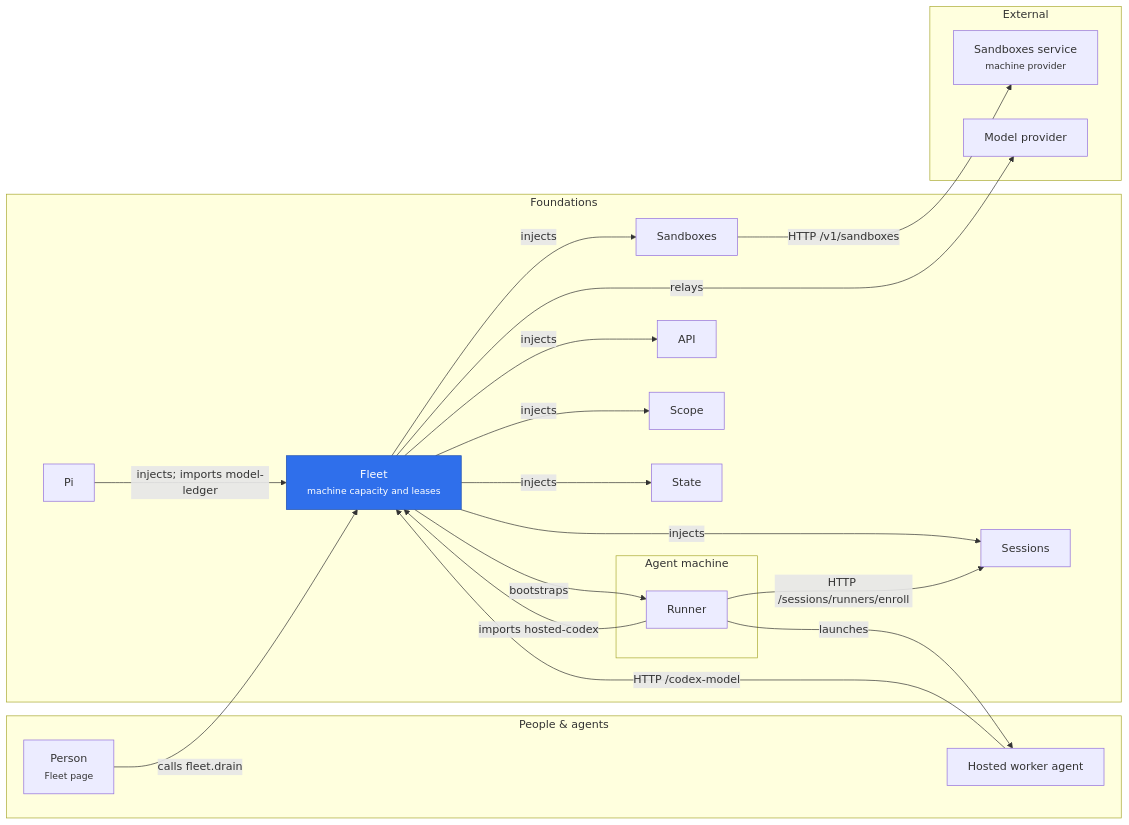
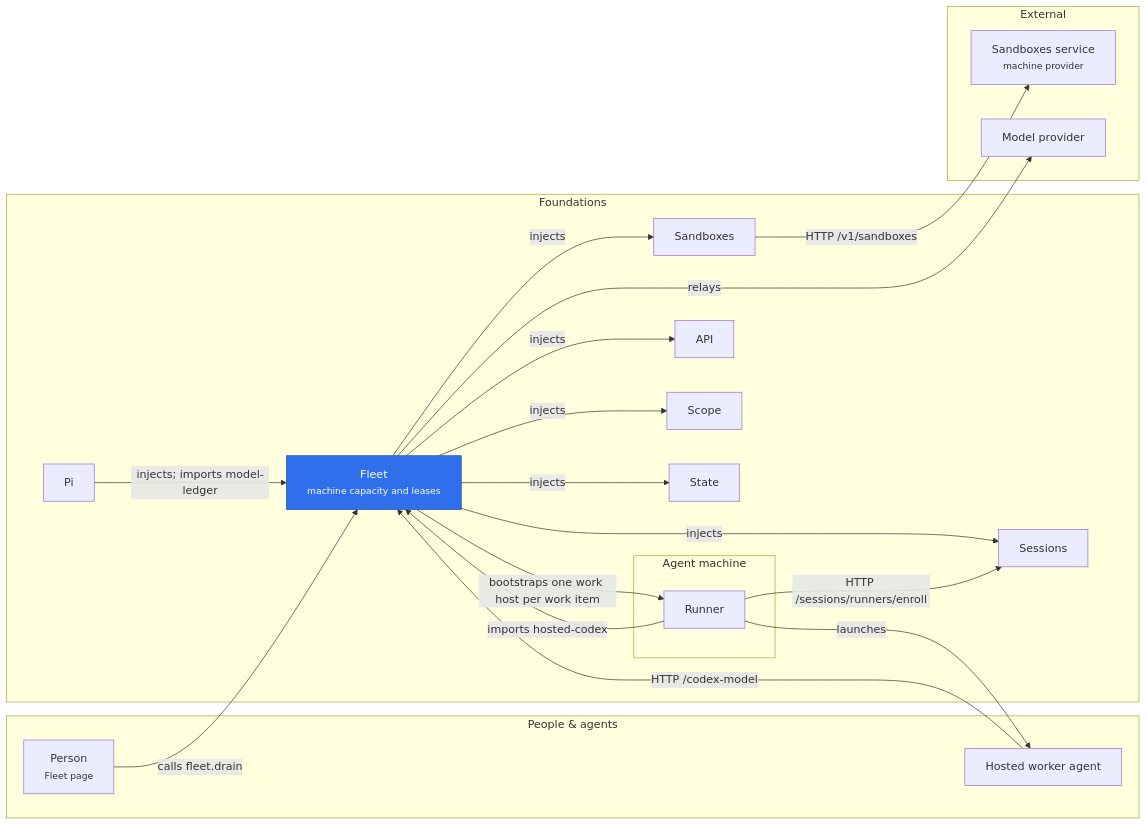
Before and after one commit to rapidreview-io/Merv: the diagram in merv-typescript/packages/fleet/README.md, drawn with Mermaid. The commit also changed other lines of this file and 29 other files, not shown here.

First line of the commit message:
Rent every workflow machine as a work host, and gate each image on it

````diff
--- a/merv-typescript/packages/fleet/README.md
+++ b/merv-typescript/packages/fleet/README.md
@@ -7,39 +7,39 @@
 ```mermaid
 flowchart LR
   subgraph peopleLayer["People & agents"]
     person["Person<br/><small>Fleet page</small>"]
     workerAgent["Hosted worker agent"]
   end
   subgraph foundationsLayer["Foundations"]
     pi["Pi"]
     fleet["Fleet<br/><small>machine capacity and leases</small>"]
     sessions["Sessions"]
     sandboxes["Sandboxes"]
     api["API"]
     scope["Scope"]
     state["State"]
     subgraph machine["Agent machine"]
       runner["Runner"]
     end
   end
   subgraph externalLayer["External"]
     sandboxesService["Sandboxes service<br/><small>machine provider</small>"]
     modelProvider["Model provider"]
   end
   person -- "calls fleet.drain" --> fleet
   pi -- "injects; imports model-ledger" --> fleet
   fleet -- "injects" --> sandboxes
   fleet -- "injects" --> sessions
   fleet -- "injects" --> api
   fleet -- "injects" --> scope
   fleet -- "injects" --> state
   sandboxes -- "HTTP /v1/sandboxes" --> sandboxesService
-  fleet -- "bootstraps" --> runner
+  fleet -- "bootstraps one work host per work item" --> runner
   runner -- "HTTP /sessions/runners/enroll" --> sessions
   runner -- "imports hosted-codex" --> fleet
   runner -- "launches" --> workerAgent
   workerAgent -- "HTTP /codex-model" --> fleet
   fleet -- "relays" --> modelProvider
   classDef self fill:#2f6feb,color:#fff,stroke:#1f4fb0
   class fleet self
 ```
````
